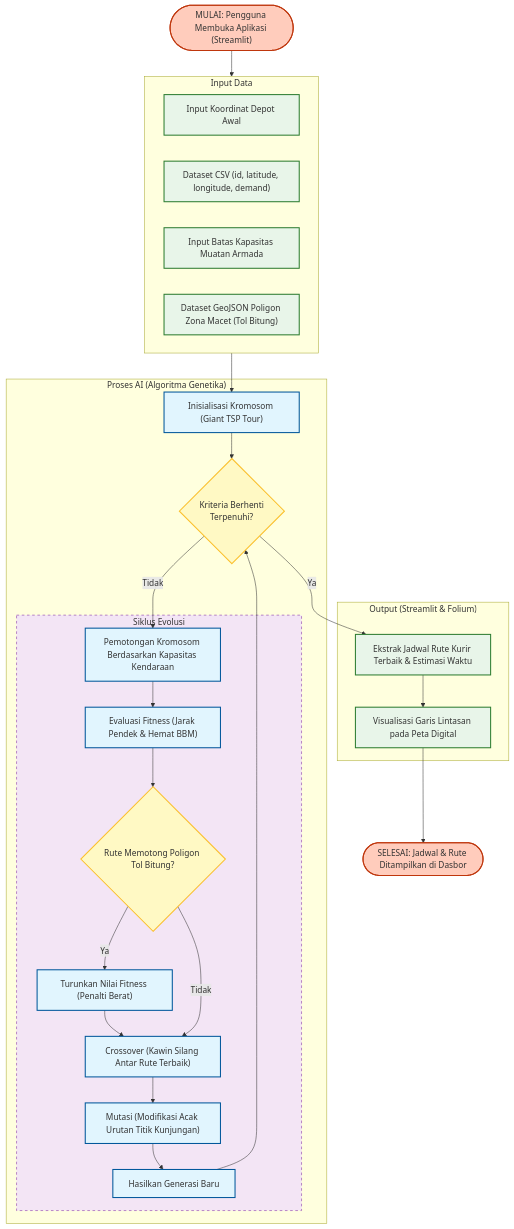
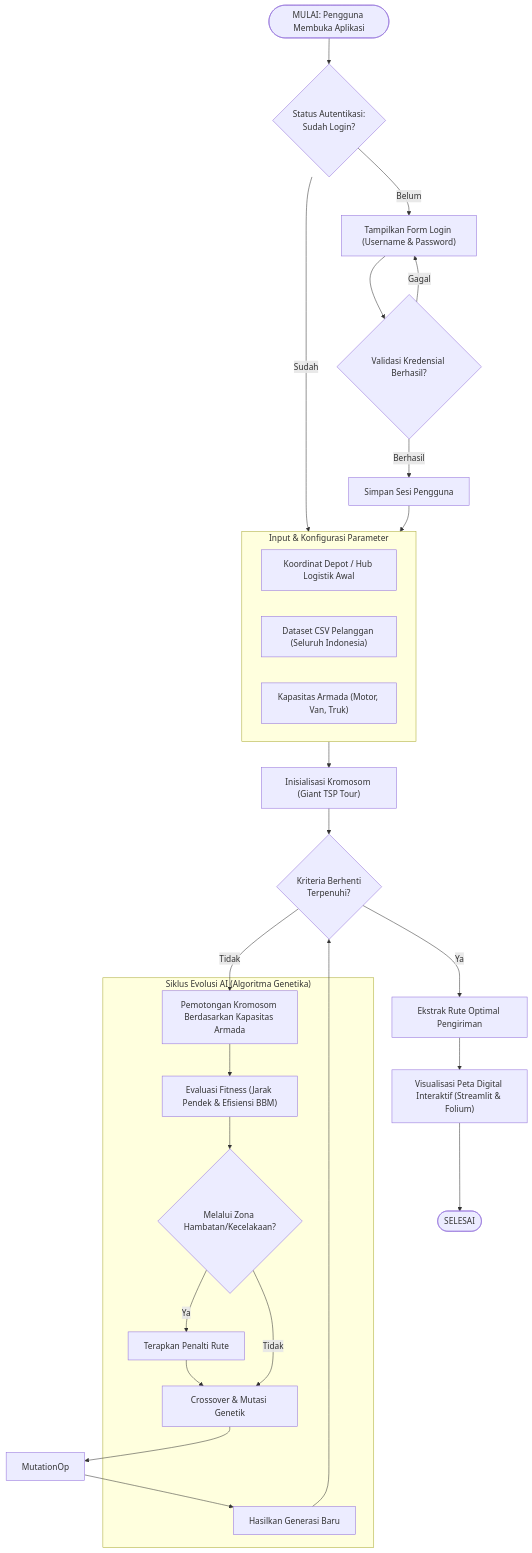
One commit to TsukiSumeragi/AI changed the second of 4 diagrams in README.md. Above: the diagram before and after it, drawn with Mermaid.

````diff
--- a/README.md
+++ b/README.md
@@ -57,70 +57,44 @@
 ```mermaid
 graph TD
-    %% --- Start/End Nodes ---
-    Start(["MULAI: Pengguna Membuka Aplikasi (Streamlit)"])
-    End(["SELESAI: Jadwal & Rute Ditampilkan di Dasbor"])
+    Start(["MULAI: Pengguna Membuka Aplikasi"]) --> CheckLogin{"Status Autentikasi:<br/>Sudah Login?"}
+    
+    CheckLogin -- Belum --> LoginScreen["Tampilkan Form Login (Username & Password)"]
+    LoginScreen --> AuthVerify{"Validasi Kredensial Berhasil?"}
+    AuthVerify -- Gagal --> LoginScreen
+    AuthVerify -- Berhasil --> SetSession["Simpan Sesi Pengguna"]
+    
+    CheckLogin -- Sudah --> Input_Data
+    SetSession --> Input_Data["Input Data Fleksibel (CSV Pelanggan & GeoJSON Zona Wilayah Indonesia)"]
 
-    %% --- Input Sections ---
-    subgraph Input_Data ["Input Data"]
-        InputDepot["Input Koordinat Depot Awal"]
-        InputDest["Dataset CSV (id, latitude, longitude, demand)"]
-        InputVehCap["Input Batas Kapasitas Muatan Armada"]
-        InputHazard["Dataset GeoJSON Poligon Zona Macet (Tol Bitung)"]
+    subgraph Input_Data ["Input & Konfigurasi Parameter"]
+        InputDepot["Koordinat Depot / Hub Logistik Awal"]
+        InputDest["Dataset CSV Pelanggan (Seluruh Indonesia)"]
+        InputVehCap["Kapasitas Armada (Motor, Van, Truk)"]
     end
 
-    %% --- Process Section - Core AI (DEAP) ---
-    subgraph GA_Engine ["Proses AI (Algoritma Genetika)"]
-        InitPop["Inisialisasi Kromosom (Giant TSP Tour)"]
-        GenLimit{"Kriteria Berhenti<br/>Terpenuhi?"}
-        
-        subgraph GA_Loop ["Siklus Evolusi"]
-            SplitAlg["Pemotongan Kromosom Berdasarkan Kapasitas Kendaraan"]
-            EvalFitness["Evaluasi Fitness (Jarak Pendek & Hemat BBM)"]
-            CheckHazard{"Rute Memotong Poligon Tol Bitung?"}
-            AddPenaltyH["Turunkan Nilai Fitness (Penalti Berat)"]
-            CrossoverOp["Crossover (Kawin Silang Antar Rute Terbaik)"]
-            MutationOp["Mutasi (Modifikasi Acak Urutan Titik Kunjungan)"]
-            CreateOffspring["Hasilkan Generasi Baru"]
-        end
+    Input_Data --> InitPop["Inisialisasi Kromosom (Giant TSP Tour)"]
+    InitPop --> GenLimit{"Kriteria Berhenti<br/>Terpenuhi?"}
+    
+    subgraph GA_Loop ["Siklus Evolusi AI (Algoritma Genetika)"]
+        SplitAlg["Pemotongan Kromosom Berdasarkan Kapasitas Armada"]
+        EvalFitness["Evaluasi Fitness (Jarak Pendek & Efisiensi BBM)"]
+        CheckHazard{"Melalui Zona Hambatan/Kecelakaan?"}
+        AddPenaltyH["Terapkan Penalti Rute"]
+        CrossoverOp["Crossover & Mutasi Genetik"]
+        CreateOffspring["Hasilkan Generasi Baru"]
     end
 
-    %% --- Output/Visualization Section ---
-    subgraph Output_Vis ["Output (Streamlit & Folium)"]
-        GetBestR["Ekstrak Jadwal Rute Kurir Terbaik & Estimasi Waktu"]
-        RenderMap["Visualisasi Garis Lintasan pada Peta Digital"]
-    end
-
-    %% --- Connectors ---
-    Start --> Input_Data
-    Input_Data --> InitPop
-    InitPop --> GenLimit
-    
-    %% Loop Logic
     GenLimit -- Tidak --> SplitAlg
     SplitAlg --> EvalFitness
     EvalFitness --> CheckHazard
     CheckHazard -- Ya --> AddPenaltyH
     AddPenaltyH --> CrossoverOp
     CheckHazard -- Tidak --> CrossoverOp
     CrossoverOp --> MutationOp
     MutationOp --> CreateOffspring
     CreateOffspring --> GenLimit
     
-    %% Termination Logic
-    GenLimit -- Ya --> GetBestR
-    GetBestR --> RenderMap
-    RenderMap --> End
-
-    %% Styling
-    classDef process fill:#e1f5fe,stroke:#01579b,stroke-width:2px;
-    classDef decision fill:#fff9c4,stroke:#fbc02d,stroke-width:2px;
-    classDef inputout fill:#e8f5e9,stroke:#2e7d32,stroke-width:2px;
-    classDef loopsub fill:#f3e5f5,stroke:#7b1fa2,stroke-width:1px,stroke-dasharray: 5 5;
-    classDef startend fill:#ffccbc,stroke:#bf360c,stroke-width:2px,rx:10,ry:10;
-
-    class Start,End startend;
-    class InputDepot,InputDest,InputVehCap,InputHazard,GetBestR,RenderMap inputout;
-    class InitPop,SplitAlg,EvalFitness,AddPenaltyH,CrossoverOp,MutationOp,CreateOffspring process;
-    class GenLimit,CheckHazard decision;
-    class GA_Loop loopsub;
+    GenLimit -- Ya --> GetBestR["Ekstrak Rute Optimal Pengiriman"]
+    GetBestR --> RenderMap["Visualisasi Peta Digital Interaktif (Streamlit & Folium)"]
+    RenderMap --> End(["SELESAI"])
 ```
````
